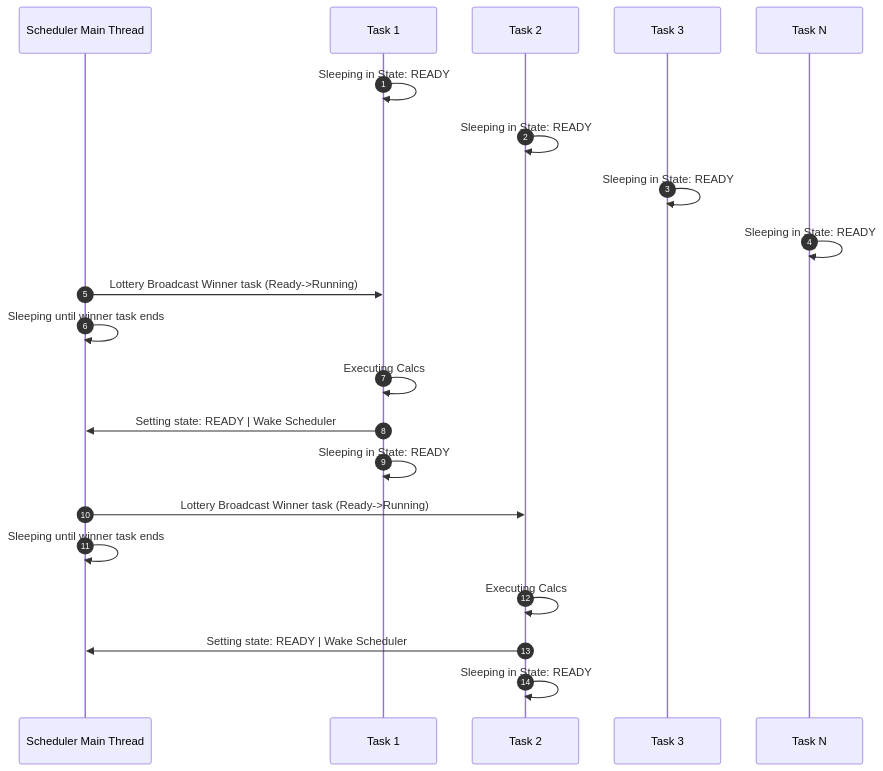
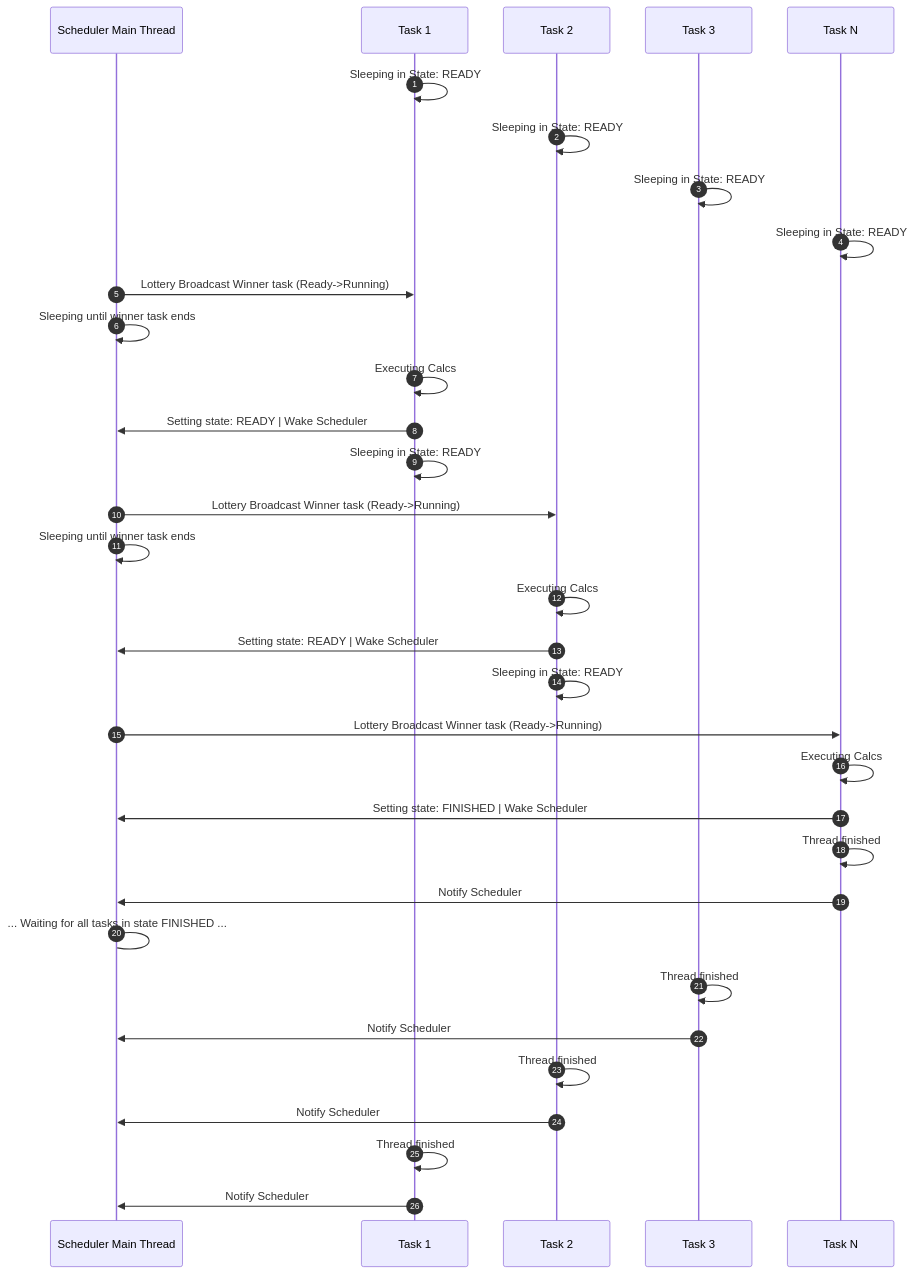
Before and after one commit to Eur/SOA-P1-GrupoCU: the diagram in README.md, drawn with Mermaid. The commit also changed other lines of this file, not shown here.

Commit message:
Add sequence diagram of the scheduler in its vanilla flavor

````diff
--- a/README.md
+++ b/README.md
@@ -67,25 +67,40 @@
 ```mermaid
 sequenceDiagram
     autonumber
     participant Main as Scheduler Main Thread
     participant TaskA as Task 1
     participant TaskB as Task 2
     participant TaskC as Task 3
     participant TaskN as Task N
 
     TaskA->>TaskA: Sleeping in State: READY
     TaskB->>TaskB: Sleeping in State: READY
     TaskC->>TaskC: Sleeping in State: READY
     TaskN->>TaskN: Sleeping in State: READY
     Main->>TaskA: Lottery Broadcast Winner task (Ready->Running)
     Main->>Main: Sleeping until winner task ends
     TaskA->>TaskA: Executing Calcs
     TaskA->>Main: Setting state: READY | Wake Scheduler
     TaskA->>TaskA: Sleeping in State: READY
     Main->>TaskB: Lottery Broadcast Winner task (Ready->Running)
     Main->>Main: Sleeping until winner task ends
     TaskB->>TaskB: Executing Calcs
     TaskB->>Main: Setting state: READY | Wake Scheduler
     TaskB->>TaskB: Sleeping in State: READY
+    Main->>TaskN: Lottery Broadcast Winner task (Ready->Running)
+    TaskN->>TaskN: Executing Calcs
+    TaskN->>Main: Setting state: FINISHED | Wake Scheduler
+    TaskN->>TaskN: Thread finished
+    TaskN->>Main: Notify Scheduler
     
+    Main->Main: ... Waiting for all tasks in state FINISHED ...
+
+    TaskC->>TaskC: Thread finished
+    TaskC->>Main: Notify Scheduler
+    TaskB->>TaskB: Thread finished
+    TaskB->>Main: Notify Scheduler
+    TaskA->>TaskA: Thread finished
+    TaskA->>Main: Notify Scheduler
+
+
 ```
````
